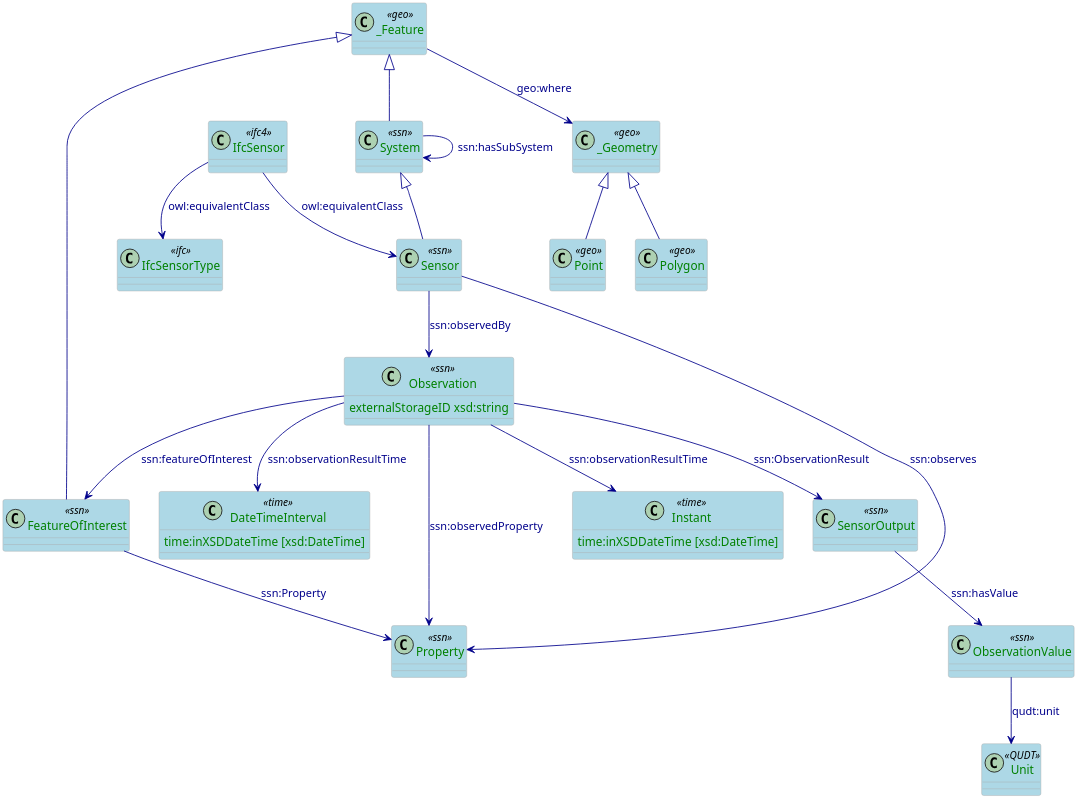
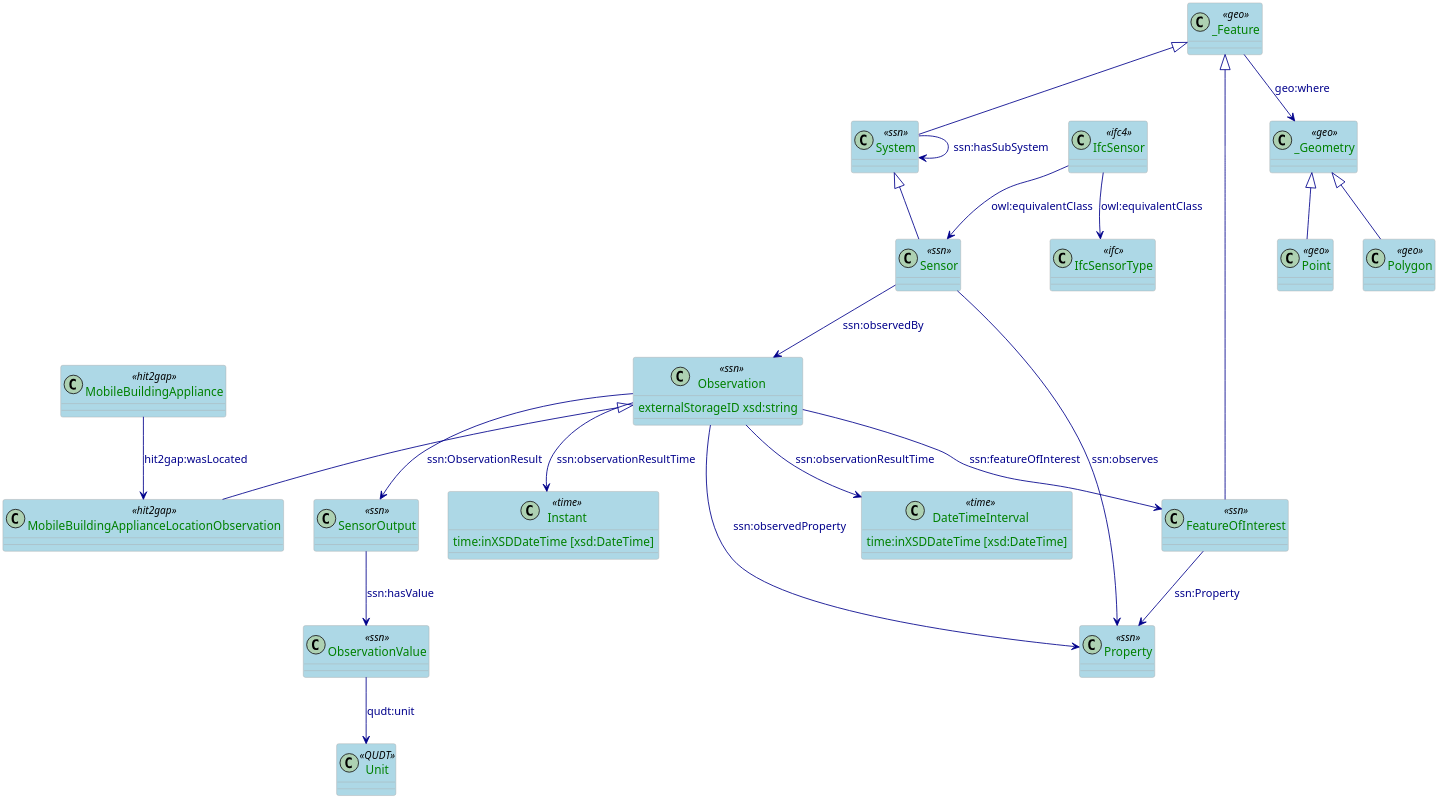
The diagram in docs/plantuml/SensorRepresentation.puml (HIT2GAP-EU-PROJECT/BEMOnt), drawn with PlantUML before and after one commit.

```diff
--- a/docs/plantuml/SensorRepresentation.puml
+++ b/docs/plantuml/SensorRepresentation.puml
@@ -1,79 +1,87 @@
 @startuml
 
 skinparam class {
   ArrowColor DarkBlue
   ArrowFontColor DarkBlue
   BackgroundColor LightBlue
   BorderColor DarkGrey
 }
 skinparam dpi 300
 skinparam stereotypeCBackgroundColor Wheat
 skinparam classAttributeFontColor  Green
 
 
 /'
  Definition of the classes referring the SSN-core part
 '/
 class System <<ssn>>
 class Sensor <<ssn>>
 class Observation <<ssn>> {
   externalStorageID xsd:string
 }
+
+class MobileBuildingApplianceLocationObservation <<hit2gap>>
+class MobileBuildingAppliance <<hit2gap>>
+
 class FeatureOfInterest <<ssn>>
 class Property <<ssn>>
 class SensorOutput <<ssn>>
 class ObservationValue <<ssn>>
 class Instant <<time>>{
     time:inXSDDateTime [xsd:DateTime]
 }
 class DateTimeInterval <<time>>{
     time:inXSDDateTime [xsd:DateTime]
 }
 class Unit <<QUDT>>
 
 class IfcSensor <<ifc4>>
 class IfcSensorType <<ifc>>
 
 /'
   Definition of the Geo-core part
 '/
 class _Feature <<geo>>
 class _Geometry <<geo>>
 class Point <<geo>>
 class Polygon <<geo>>
 
 
 /'
  Definition of the SSN model to model the sensor observation of the building
  facilities
 '/
 
 System --> System: ssn:hasSubSystem
 System <|-- Sensor
+
+Observation <|-- MobileBuildingApplianceLocationObservation
+MobileBuildingAppliance --> MobileBuildingApplianceLocationObservation: hit2gap:wasLocated
+
 IfcSensor --> Sensor: owl:equivalentClass
 Sensor --> Observation: ssn:observedBy
 Sensor --> Property: ssn:observes
 Observation --> FeatureOfInterest: ssn:featureOfInterest
 Observation --> Property: ssn:observedProperty
 FeatureOfInterest --> Property: ssn:Property
 Observation --> SensorOutput: ssn:ObservationResult
 SensorOutput --> ObservationValue: ssn:hasValue
 ObservationValue --> Unit: qudt:unit
 Observation --> Instant: ssn:observationResultTime
 Observation --> DateTimeInterval: ssn:observationResultTime
 
 /'
   Definition of the geospatial part using GeoOWL ontology
 '/
 
 _Feature --> _Geometry: geo:where
 _Geometry <|-- Point
 _Geometry <|-- Polygon
 
 _Feature <|-- FeatureOfInterest
 _Feature <|-- System
 
 IfcSensor --> IfcSensorType: owl:equivalentClass
 
 
 @enduml
```
